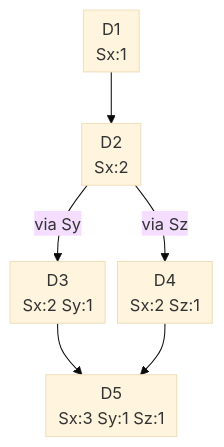
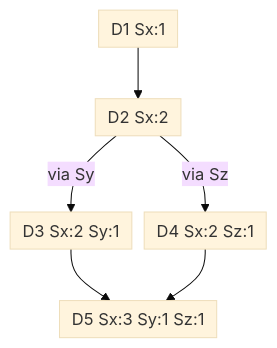
One commit to mimi146/blog changed the third of 3 diagrams in src/content/blog/dynamo-amazons-highly-available-key-value-store.md. Above: the diagram before and after it, drawn with Mermaid (base theme). The commit also changed other lines of this file, not shown here.

Commit message:
Dynamo post: address review 5652412019 (Coach revision: factual fixes, single-line Mermaid labels)

````diff
--- a/src/content/blog/dynamo-amazons-highly-available-key-value-store.md
+++ b/src/content/blog/dynamo-amazons-highly-available-key-value-store.md
@@ -93,11 +94,11 @@
 ```mermaid
 %%{init: {"flowchart": {"nodeSpacing": 12, "padding": 6, "diagramPadding": 4}}}%%
 flowchart TB
     accTitle: Vector clock history of one object
     accDescr: D1 has clock Sx 1. Its child D2 has clock Sx 2. D2 branches into D3 with clock Sx 2 and Sy 1, written via node Sy, and D4 with clock Sx 2 and Sz 1, written via node Sz. D3 and D4 are concurrent siblings. A client reads both and writes D5 via Sx, with clock Sx 3, Sy 1, Sz 1, which reconciles them.
-    D1["D1<br/>Sx:1"] --> D2["D2<br/>Sx:2"]
-    D2 -->|"via Sy"| D3["D3<br/>Sx:2 Sy:1"]
-    D2 -->|"via Sz"| D4["D4<br/>Sx:2 Sz:1"]
-    D3 --> D5["D5<br/>Sx:3 Sy:1 Sz:1"]
+    D1["D1 Sx:1"] --> D2["D2 Sx:2"]
+    D2 -->|"via Sy"| D3["D3 Sx:2 Sy:1"]
+    D2 -->|"via Sz"| D4["D4 Sx:2 Sz:1"]
+    D3 --> D5["D5 Sx:3 Sy:1 Sz:1"]
     D4 --> D5
 ```
````
